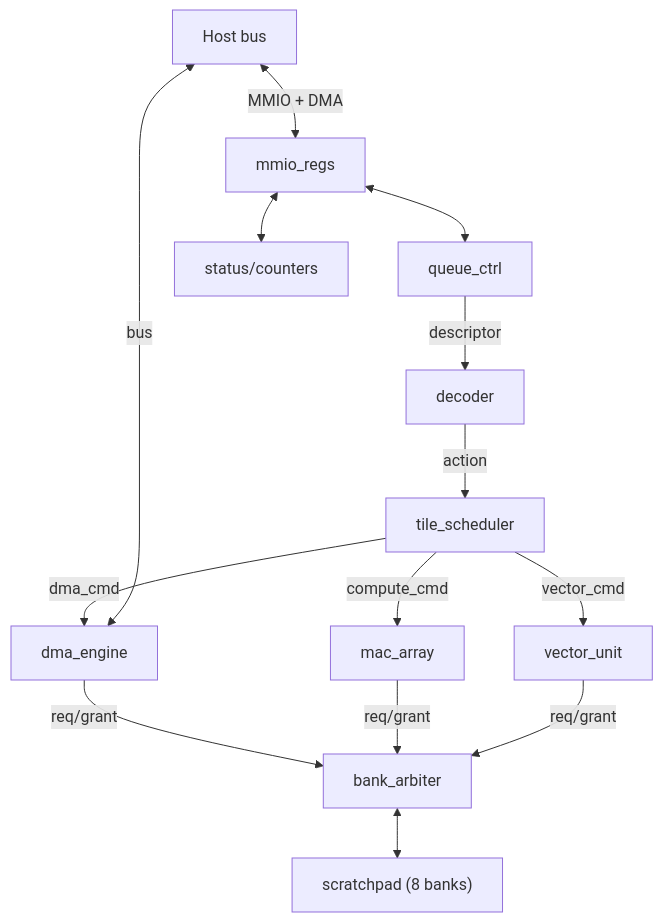
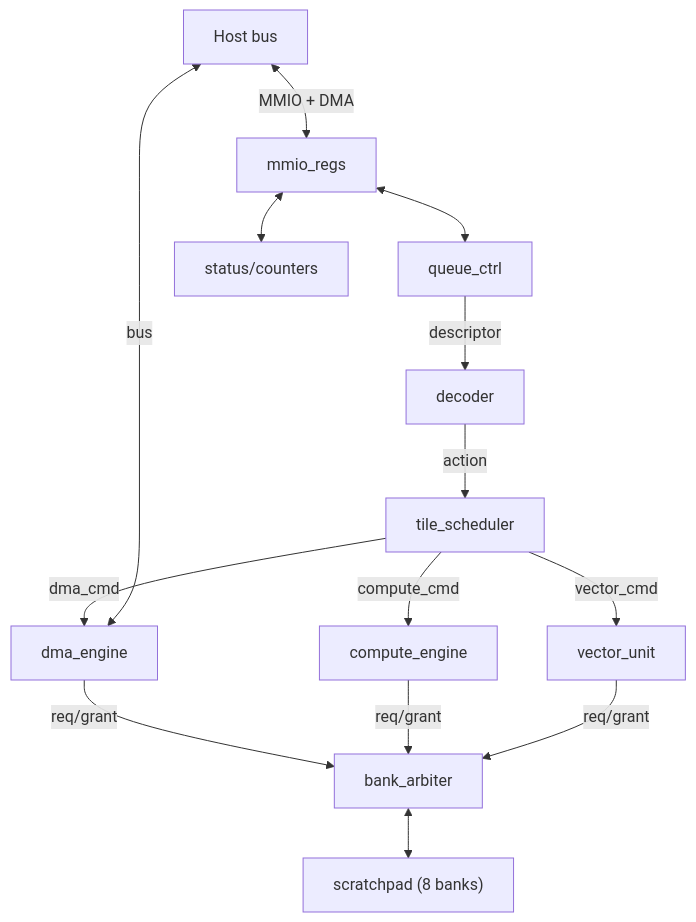
The diagram in docs/progress/microarchitecture/interfaces.md (WickedStereo/open-transformer-130), drawn with Mermaid before and after one commit. The commit also changed other lines of this file and 56 other files, not shown here.

First line of the commit message:
De-risk the integrated core and rebaseline the roadmap.

````diff
--- a/docs/progress/microarchitecture/interfaces.md
+++ b/docs/progress/microarchitecture/interfaces.md
@@ -11,16 +11,16 @@
 ```mermaid
 flowchart TD
   Host["Host bus"] <-->|"MMIO + DMA"| MMIO["mmio_regs"]
   MMIO <--> QCtrl["queue_ctrl"]
   MMIO <--> Status["status/counters"]
   QCtrl -->|"descriptor"| Dec["decoder"]
   Dec -->|"action"| Sched["tile_scheduler"]
   Sched -->|"dma_cmd"| DMA["dma_engine"]
-  Sched -->|"compute_cmd"| MAC["mac_array"]
+  Sched -->|"compute_cmd"| MAC["compute_engine"]
   Sched -->|"vector_cmd"| Vec["vector_unit"]
   DMA -->|"req/grant"| Arb["bank_arbiter"]
   MAC -->|"req/grant"| Arb
   Vec -->|"req/grant"| Arb
   Arb <--> SP["scratchpad (8 banks)"]
   DMA <-->|"bus"| Host
 ```
````
